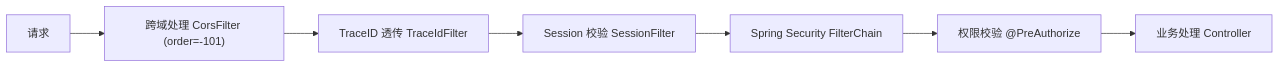
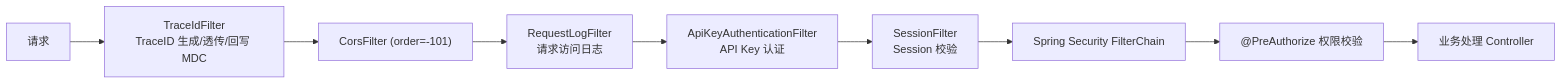
Before and after one commit to earthy-zinc/dehaze-system: the sixth of 8 diagrams in dehaze-doc/docs/04-项目实现/后端/01-Java架构文档.md, drawn with Mermaid. The commit also changed other lines of this file and 24 other files, not shown here.

First line of the commit message:
docs: add and update multiple architecture documents

````diff
--- a/dehaze-doc/docs/04-项目实现/后端/01-Java架构文档.md
+++ b/dehaze-doc/docs/04-项目实现/后端/01-Java架构文档.md
@@ -384,9 +367,11 @@
 ```mermaid
 flowchart LR
-    Req["请求"] --> CORS["跨域处理 CorsFilter (order=-101)"]
-    CORS --> Trace["TraceID 透传 TraceIdFilter"]
-    Trace --> Session["Session 校验 SessionFilter"]
+    Req["请求"] --> Trace["TraceIdFilter<br/>TraceID 生成/透传/回写 MDC"]
+    Trace --> CORS["CorsFilter (order=-101)"]
+    CORS --> Log["RequestLogFilter<br/>请求访问日志"]
+    Log --> ApiKey["ApiKeyAuthenticationFilter<br/>API Key 认证"]
+    ApiKey --> Session["SessionFilter<br/>Session 校验"]
     Session --> Security["Spring Security FilterChain"]
-    Security --> Permission["权限校验 @PreAuthorize"]
+    Security --> Permission["@PreAuthorize 权限校验"]
     Permission --> Handler["业务处理 Controller"]
 ```
````
